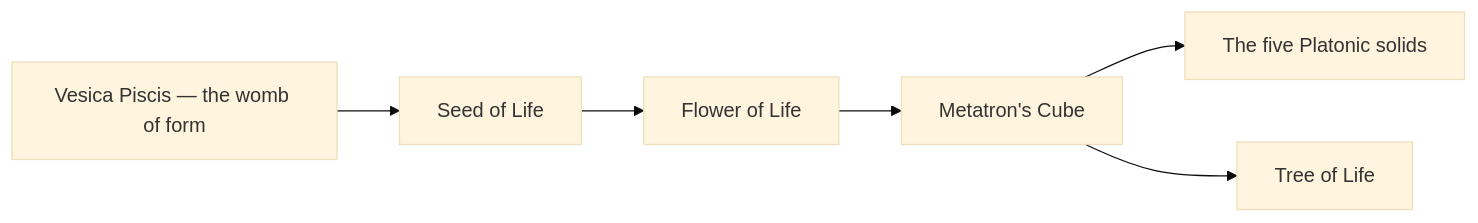
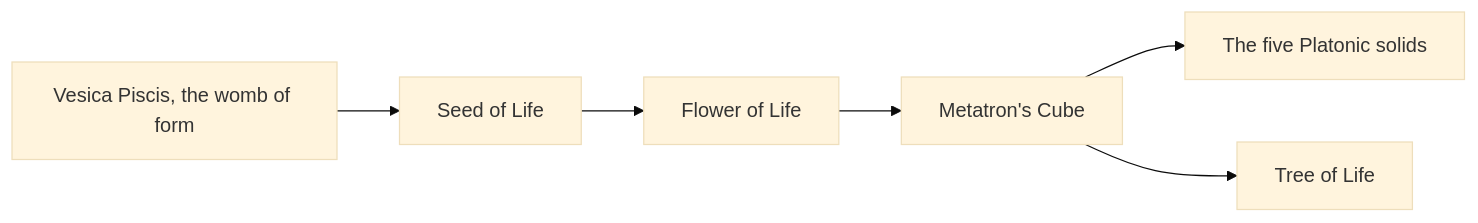
The diagram in data/knowledge/sacred-geometry/index.md (kennethreitz/kennethreitz.org), drawn with Mermaid (base theme) before and after one commit. The commit also changed other lines of this file and 879 other files, not shown here.

````diff
--- a/data/knowledge/sacred-geometry/index.md
+++ b/data/knowledge/sacred-geometry/index.md
@@ -34,8 +34,8 @@
 ```mermaid
 flowchart LR
-    VP["Vesica Piscis — the womb of form"] --> SEED["Seed of Life"]
+    VP["Vesica Piscis, the womb of form"] --> SEED["Seed of Life"]
     SEED --> FLOWER["Flower of Life"]
     FLOWER --> META["Metatron's Cube"]
     META --> SOLIDS["The five Platonic solids"]
     META --> TREE["Tree of Life"]
 ```
````
